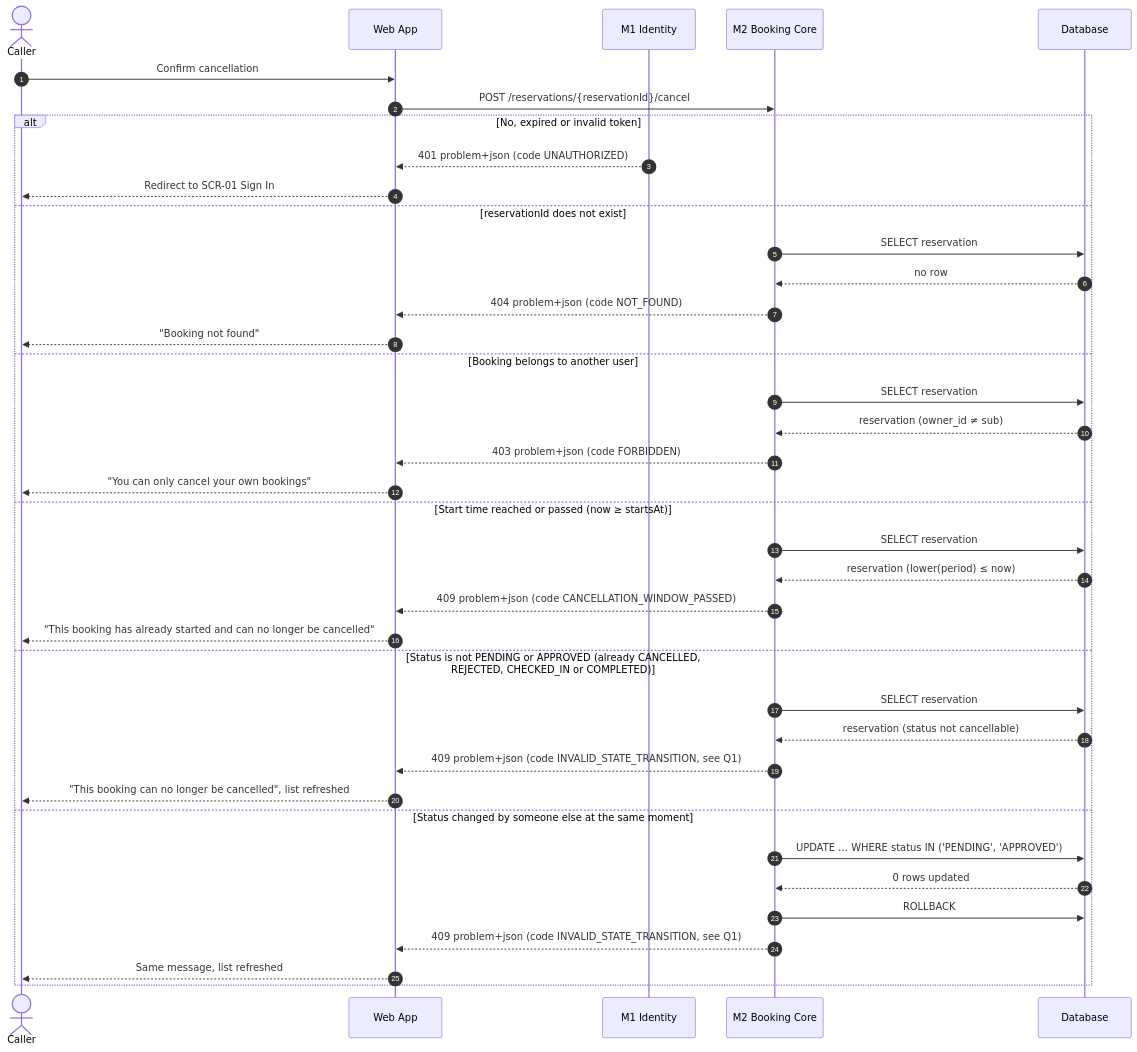
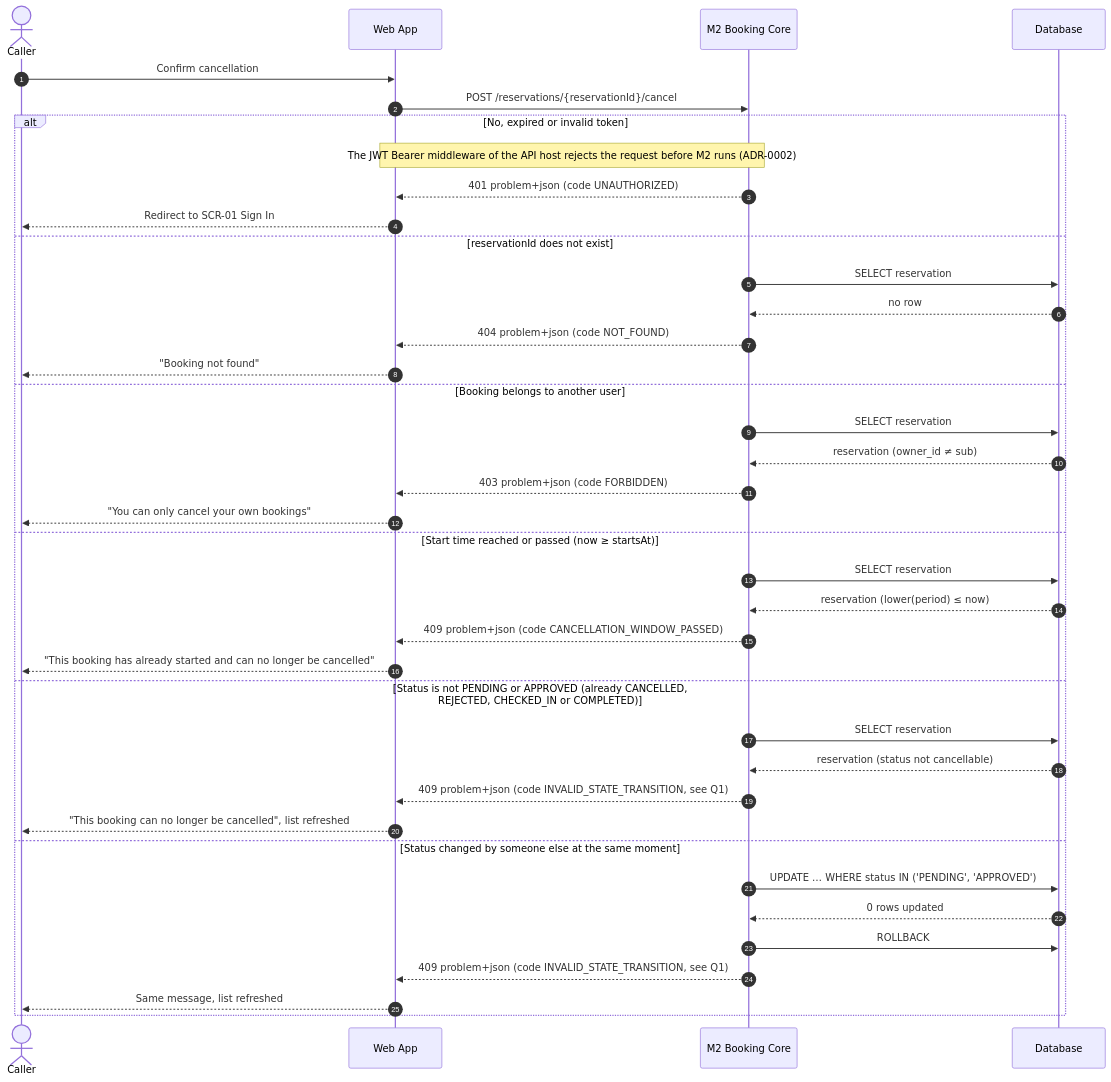
One commit to bookademic-team/Bookademic changed the second of 2 diagrams in docs/architecture/sequence/US-09.md. Above: the diagram before and after it, drawn with Mermaid. The commit also changed other lines of this file, not shown here.

Commit message:
docs(sequence): JWT check by API host, notification before response (#68)

````diff
--- a/docs/architecture/sequence/US-09.md
+++ b/docs/architecture/sequence/US-09.md
@@ -91,43 +95,43 @@
 ```mermaid
 sequenceDiagram
     autonumber
     actor U as Caller
     participant WEB as Web App
-    participant M1 as M1 Identity
     participant M2 as M2 Booking Core
     participant DB as Database
 
     U->>WEB: Confirm cancellation
     WEB->>M2: POST /reservations/{reservationId}/cancel
 
     alt No, expired or invalid token
-        M1-->>WEB: 401 problem+json (code UNAUTHORIZED)
+        Note over WEB,M2: The JWT Bearer middleware of the API host rejects the request before M2 runs (ADR-0002)
+        M2-->>WEB: 401 problem+json (code UNAUTHORIZED)
         WEB-->>U: Redirect to SCR-01 Sign In
     else reservationId does not exist
         M2->>DB: SELECT reservation
         DB-->>M2: no row
         M2-->>WEB: 404 problem+json (code NOT_FOUND)
         WEB-->>U: "Booking not found"
     else Booking belongs to another user
         M2->>DB: SELECT reservation
         DB-->>M2: reservation (owner_id ≠ sub)
         M2-->>WEB: 403 problem+json (code FORBIDDEN)
         WEB-->>U: "You can only cancel your own bookings"
     else Start time reached or passed (now ≥ startsAt)
         M2->>DB: SELECT reservation
         DB-->>M2: reservation (lower(period) ≤ now)
         M2-->>WEB: 409 problem+json (code CANCELLATION_WINDOW_PASSED)
         WEB-->>U: "This booking has already started and can no longer be cancelled"
     else Status is not PENDING or APPROVED (already CANCELLED, REJECTED, CHECKED_IN or COMPLETED)
         M2->>DB: SELECT reservation
         DB-->>M2: reservation (status not cancellable)
         M2-->>WEB: 409 problem+json (code INVALID_STATE_TRANSITION, see Q1)
         WEB-->>U: "This booking can no longer be cancelled", list refreshed
     else Status changed by someone else at the same moment
         M2->>DB: UPDATE … WHERE status IN ('PENDING', 'APPROVED')
         DB-->>M2: 0 rows updated
         M2->>DB: ROLLBACK
         M2-->>WEB: 409 problem+json (code INVALID_STATE_TRANSITION, see Q1)
         WEB-->>U: Same message, list refreshed
     end
 ```
````
